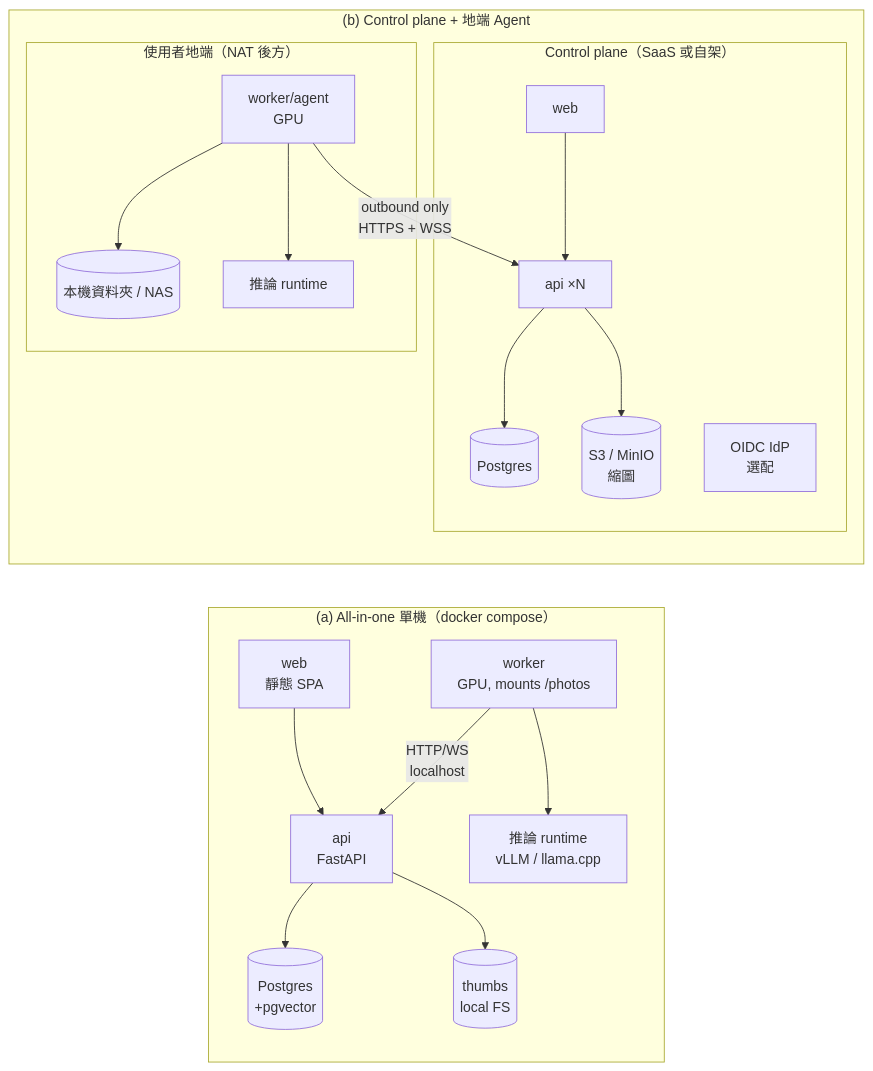
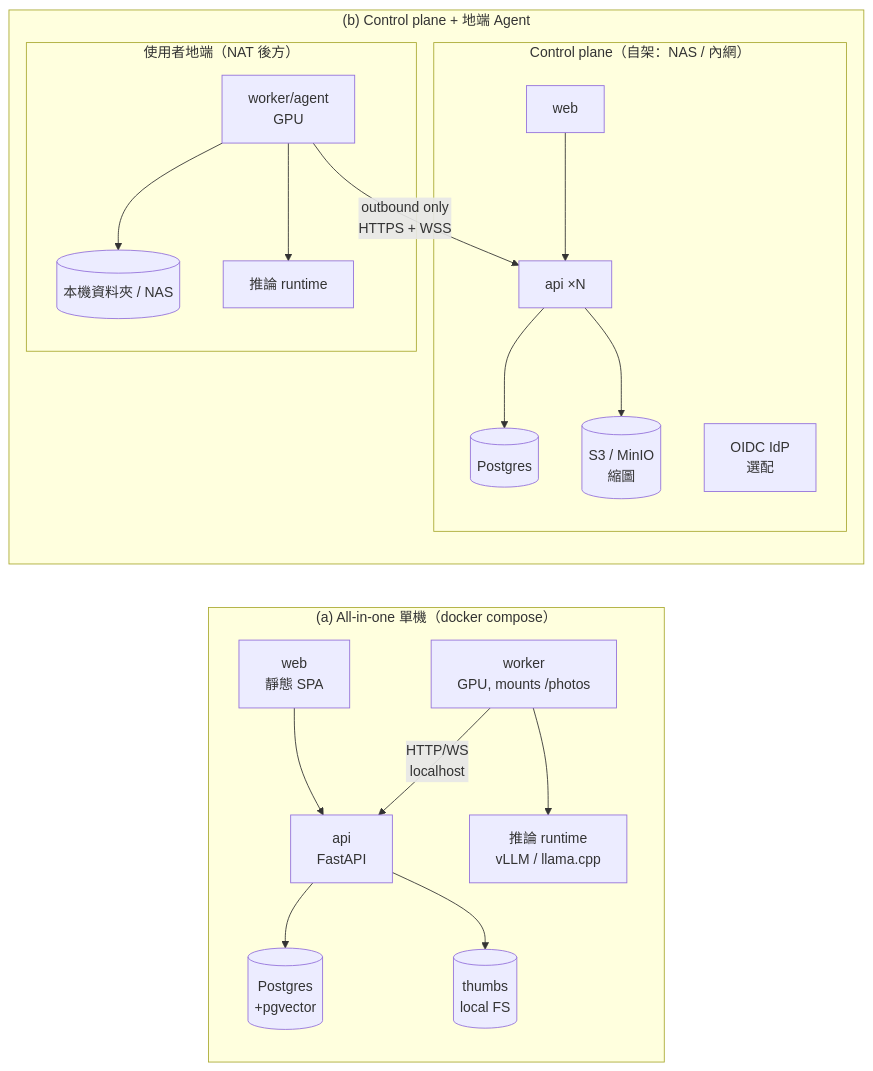
One commit to romanticamaj/openphotoagent changed the first of 6 diagrams in docs/02-system-architecture.md. Above: the diagram before and after it, drawn with Mermaid. The commit also changed other lines of this file and 13 other files, not shown here.

First line of the commit message:
docs: feature coverage review; reconcile specs, roadmap, CLI name opagent

````diff
--- a/docs/02-system-architecture.md
+++ b/docs/02-system-architecture.md
@@ -26,26 +26,26 @@
 ```mermaid
 flowchart LR
   subgraph A["(a) All-in-one 單機（docker compose）"]
     direction TB
     W1[web<br/>靜態 SPA] --> API1[api<br/>FastAPI]
     API1 --> PG1[(Postgres<br/>+pgvector)]
     API1 --> FS1[(thumbs<br/>local FS)]
     WK1[worker<br/>GPU, mounts /photos] -- "HTTP/WS<br/>localhost" --> API1
     WK1 --> INF1[推論 runtime<br/>vLLM / llama.cpp]
   end
 
   subgraph B["(b) Control plane + 地端 Agent"]
     direction TB
-    subgraph Cloud["Control plane（SaaS 或自架）"]
+    subgraph Cloud["Control plane（自架：NAS / 內網）"]
       W2[web] --> API2[api ×N]
       API2 --> PG2[(Postgres)]
       API2 --> S3[(S3 / MinIO<br/>縮圖)]
       IDP[OIDC IdP<br/>選配]
     end
     subgraph Home["使用者地端（NAT 後方）"]
       WK2[worker/agent<br/>GPU] --> NAS[(本機資料夾 / NAS)]
       WK2 --> INF2[推論 runtime]
     end
     WK2 -- "outbound only<br/>HTTPS + WSS" --> API2
   end
 ```
````
